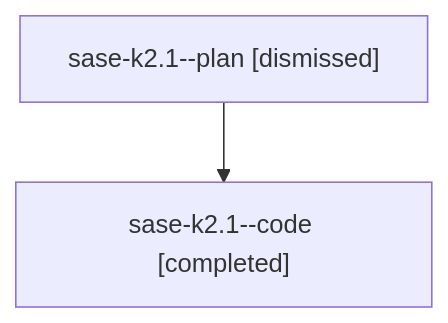
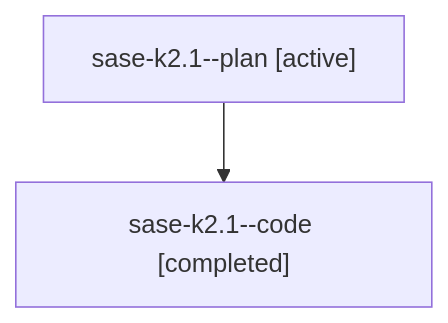
One commit to sase-org/sase--agents changed the diagram in families/bbugyi200.athena.sase-k2.1.md. Above: the diagram before and after it, drawn with Mermaid. The commit also changed other lines of this file and 35830 other files, not shown here.

````diff
--- a/families/bbugyi200.athena.sase-k2.1.md
+++ b/families/bbugyi200.athena.sase-k2.1.md
@@ -9,6 +9,6 @@
 ```mermaid
 flowchart TD
-  n0["sase-k2.1--plan [dismissed]"]
+  n0["sase-k2.1--plan [active]"]
   n1["sase-k2.1--code [completed]"]
   n0 --> n1
 ```
````
